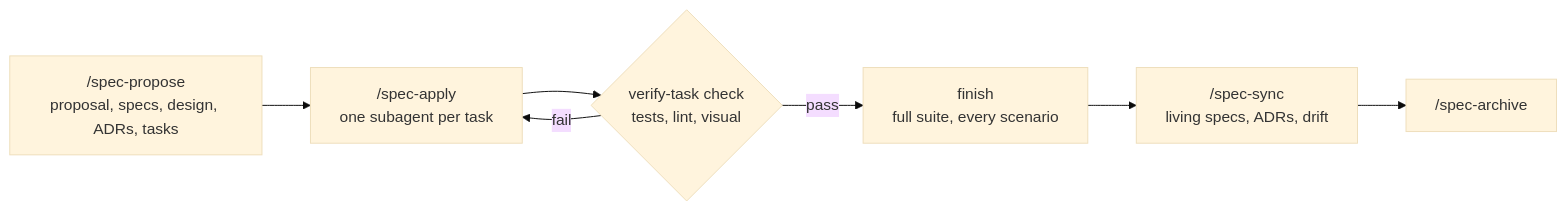
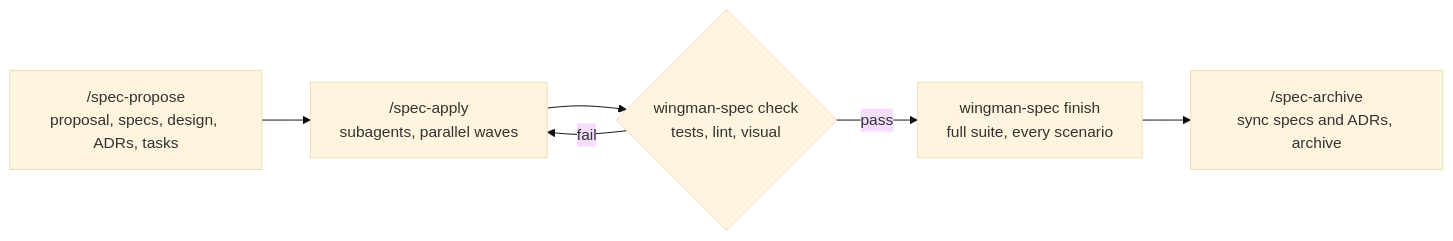
The diagram in README.md (Spreizu/wingman-spec), drawn with Mermaid (base theme) before and after one commit. The commit also changed other lines of this file and 502 other files, not shown here.

First line of the commit message:
Wingman Spec 0.12.0

````diff
--- a/README.md
+++ b/README.md
@@ -9,9 +12,8 @@
 ```mermaid
 flowchart LR
-  P["/spec-propose<br/>proposal, specs, design, ADRs, tasks"] --> A["/spec-apply<br/>one subagent per task"]
-  A --> C{"verify-task check<br/>tests, lint, visual"}
+  P["/spec-propose<br/>proposal, specs, design, ADRs, tasks"] --> A["/spec-apply<br/>subagents, parallel waves"]
+  A --> C{"wingman-spec check<br/>tests, lint, visual"}
   C -- fail --> A
-  C -- pass --> F["finish<br/>full suite, every scenario"]
-  F --> S["/spec-sync<br/>living specs, ADRs, drift"]
-  S --> R["/spec-archive"]
+  C -- pass --> F["wingman-spec finish<br/>full suite, every scenario"]
+  F --> R["/spec-archive<br/>sync specs and ADRs, archive"]
 ```
````
